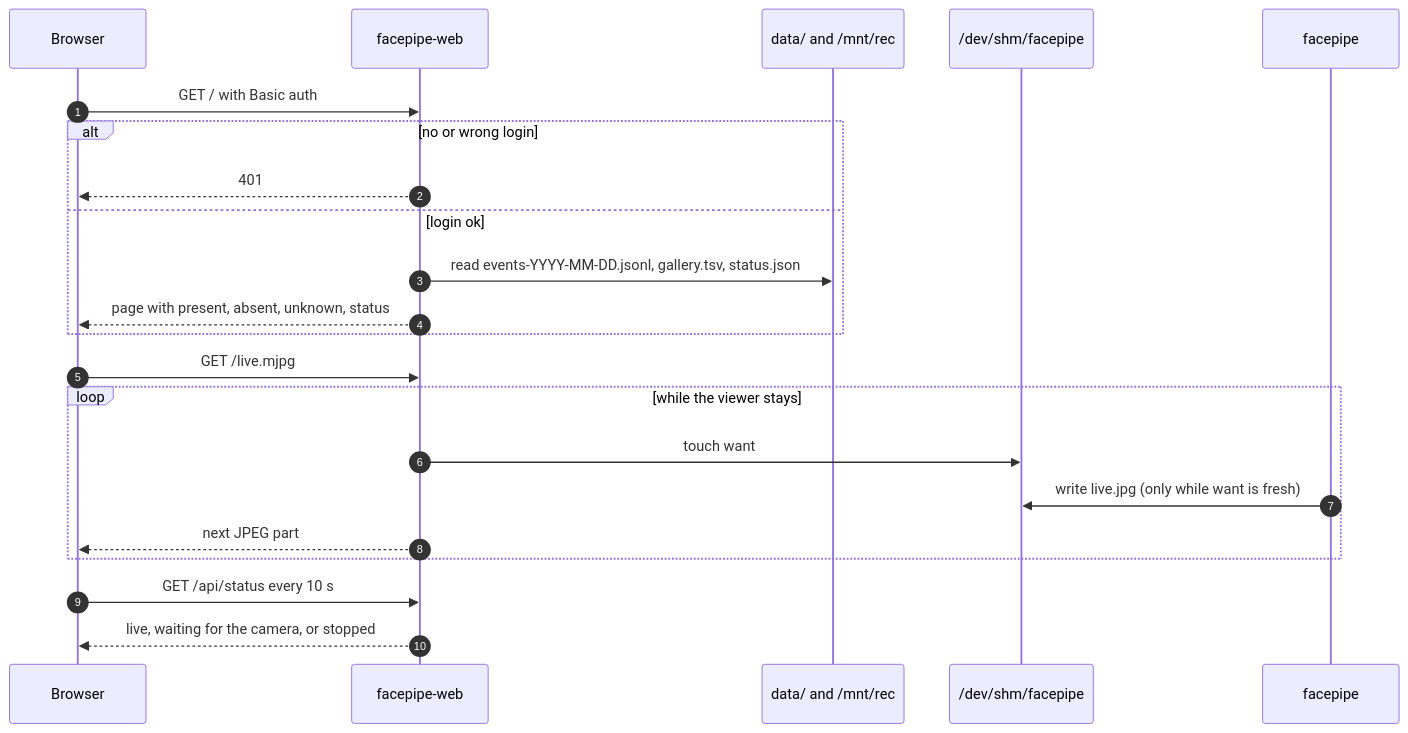
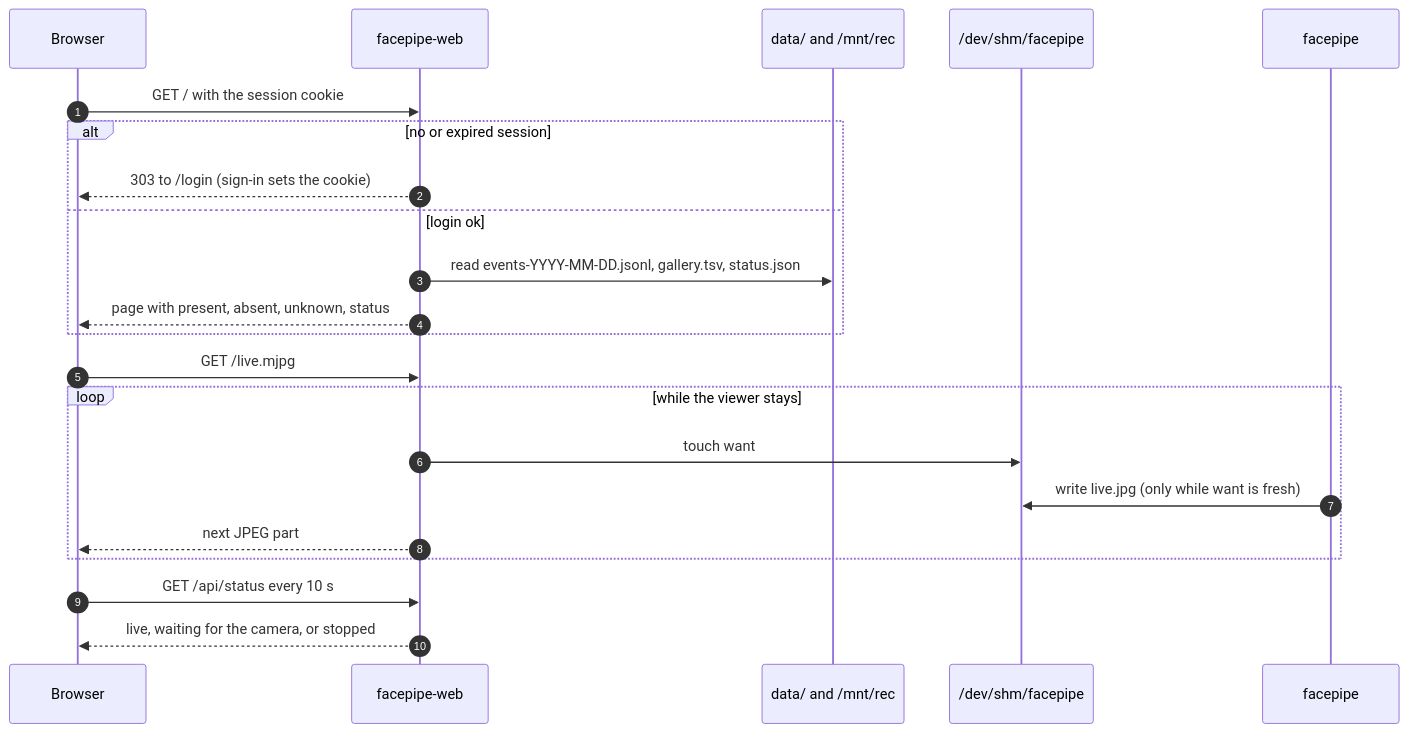
Before and after one commit to hamza-aziz-ai/Jetson-Nano-Face-Recognition-Attendance-System: the third of 4 diagrams in docs/FLOW.md, drawn with Mermaid. The commit also changed other lines of this file and 11 other files, not shown here.

First line of the commit message:
feat(web): sign-in page with a signed session cookie so the browser pop-up is gone (#18)

````diff
--- a/docs/FLOW.md
+++ b/docs/FLOW.md
@@ -83,24 +83,24 @@
 ```mermaid
 sequenceDiagram
   autonumber
   participant B as Browser
   participant W as facepipe-web
   participant D as data/ and /mnt/rec
   participant S as /dev/shm/facepipe
   participant F as facepipe
-  B->>W: GET / with Basic auth
-  alt no or wrong login
-    W-->>B: 401
+  B->>W: GET / with the session cookie
+  alt no or expired session
+    W-->>B: 303 to /login (sign-in sets the cookie)
   else login ok
     W->>D: read events-YYYY-MM-DD.jsonl, gallery.tsv, status.json
     W-->>B: page with present, absent, unknown, status
   end
   B->>W: GET /live.mjpg
   loop while the viewer stays
     W->>S: touch want
     F->>S: write live.jpg (only while want is fresh)
     W-->>B: next JPEG part
   end
   B->>W: GET /api/status every 10 s
   W-->>B: live, waiting for the camera, or stopped
 ```
````
